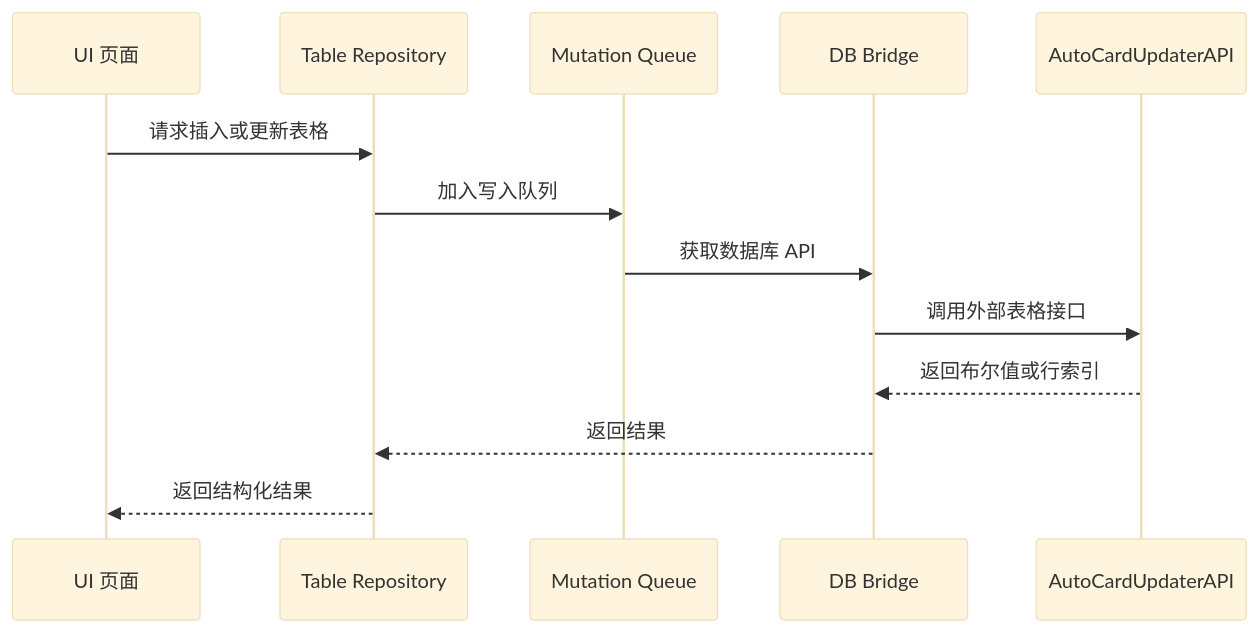
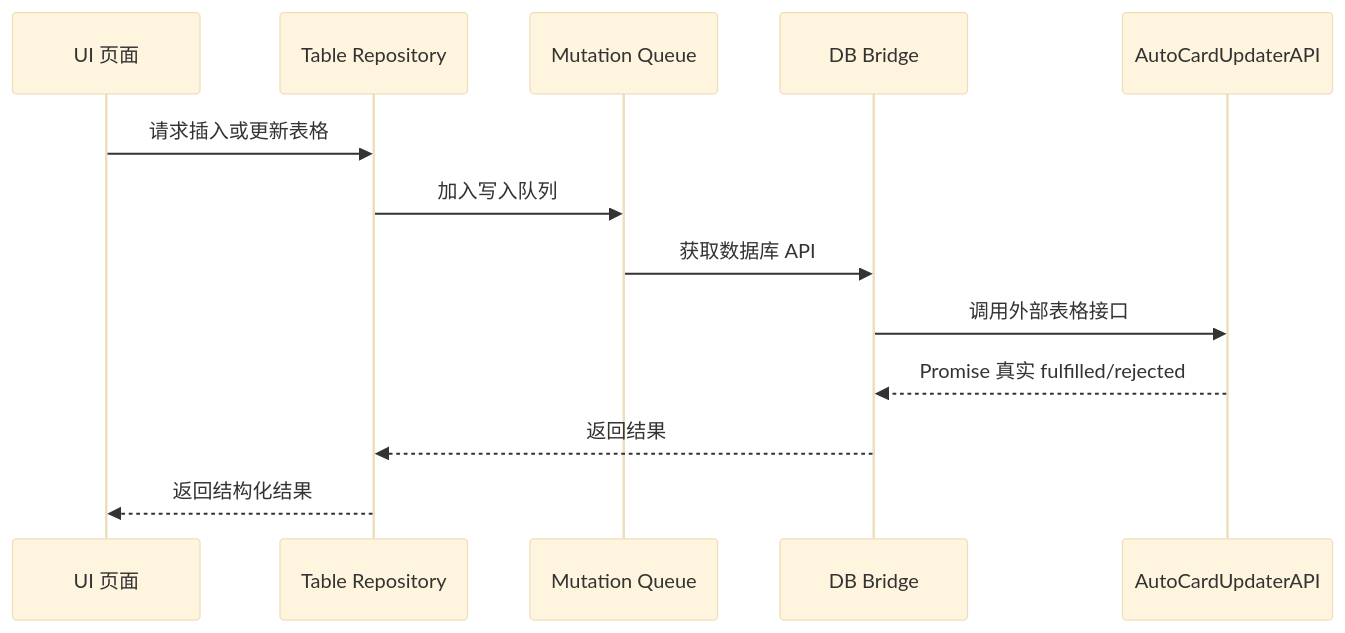
One commit to mike020020/st-yuzi-phone changed the third of 11 diagrams in docs/architecture-guide.md. Above: the diagram before and after it, drawn with Mermaid (base theme). The commit also changed other lines of this file and 116 other files, not shown here.

````diff
--- a/docs/architecture-guide.md
+++ b/docs/architecture-guide.md
@@ -200,16 +213,16 @@
 ```mermaid
 sequenceDiagram
   participant UI as UI 页面
   participant Repo as Table Repository
   participant Queue as Mutation Queue
   participant Bridge as DB Bridge
   participant API as AutoCardUpdaterAPI
 
   UI->>Repo: 请求插入或更新表格
   Repo->>Queue: 加入写入队列
   Queue->>Bridge: 获取数据库 API
   Bridge->>API: 调用外部表格接口
-  API-->>Bridge: 返回布尔值或行索引
+  API-->>Bridge: Promise 真实 fulfilled/rejected
   Bridge-->>Repo: 返回结果
   Repo-->>UI: 返回结构化结果
 ```
````
